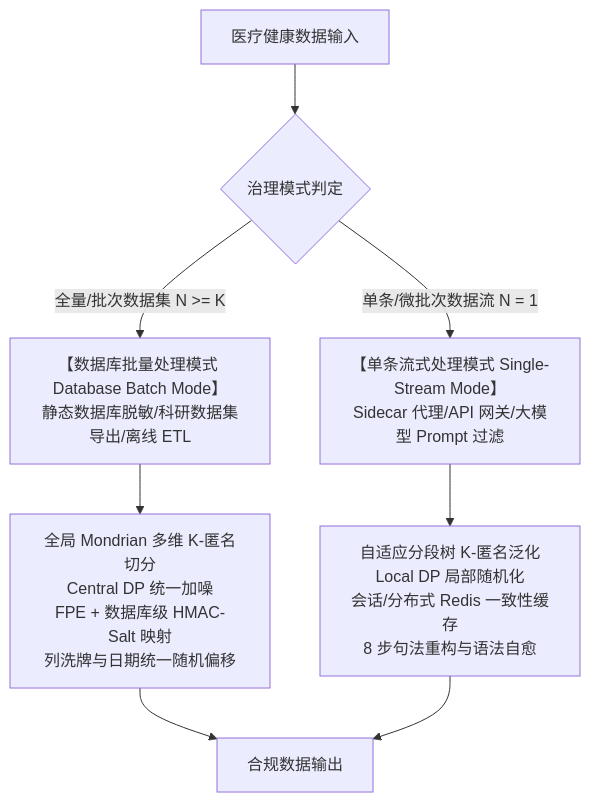
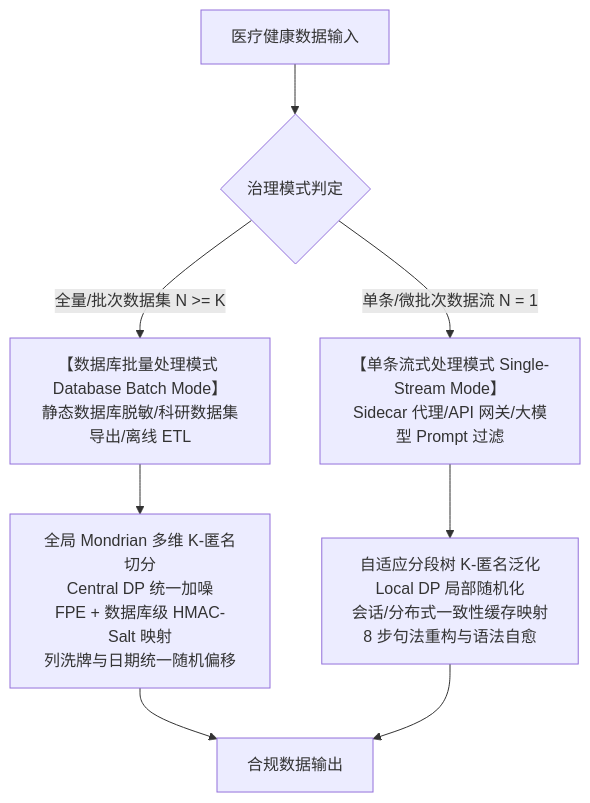
Before and after one commit to fengzhizi319/PrivShield: the first of 3 diagrams in docs/medical_pipeline/redaction_algorithm_specification.md, drawn with Mermaid. The commit also changed other lines of this file and 10 other files, not shown here.

Commit message:
feat(medical_pipeline): add 18-field yibao.csv dataset generator, multi-schema pipeline adaptation, and yibao governance specs

````diff
--- a/docs/medical_pipeline/redaction_algorithm_specification.md
+++ b/docs/medical_pipeline/redaction_algorithm_specification.md
@@ -48,13 +90,13 @@
 ```mermaid
 flowchart TD
     DataInput[医疗健康数据输入] --> ModeSelect{治理模式判定}
 
     ModeSelect -->|全量/批次数据集 N >= K| BatchEngine[【数据库批量处理模式 Database Batch Mode】<br>静态数据库脱敏/科研数据集导出/离线 ETL]
     ModeSelect -->|单条/微批次数据流 N = 1| StreamEngine[【单条流式处理模式 Single-Stream Mode】<br>Sidecar 代理/API 网关/大模型 Prompt 过滤]
 
     BatchEngine --> BatchK[全局 Mondrian 多维 K-匿名切分<br>Central DP 统一加噪<br>FPE + 数据库级 HMAC-Salt 映射<br>列洗牌与日期统一随机偏移]
-    StreamEngine --> StreamK[自适应分段树 K-匿名泛化<br>Local DP 局部随机化<br>会话/分布式 Redis 一致性缓存<br>8 步句法重构与语法自愈]
+    StreamEngine --> StreamK[自适应分段树 K-匿名泛化<br>Local DP 局部随机化<br>会话/分布式一致性缓存映射<br>8 步句法重构与语法自愈]
 
     BatchK --> SafeData[合规数据输出]
     StreamK --> SafeData
 ```
````
